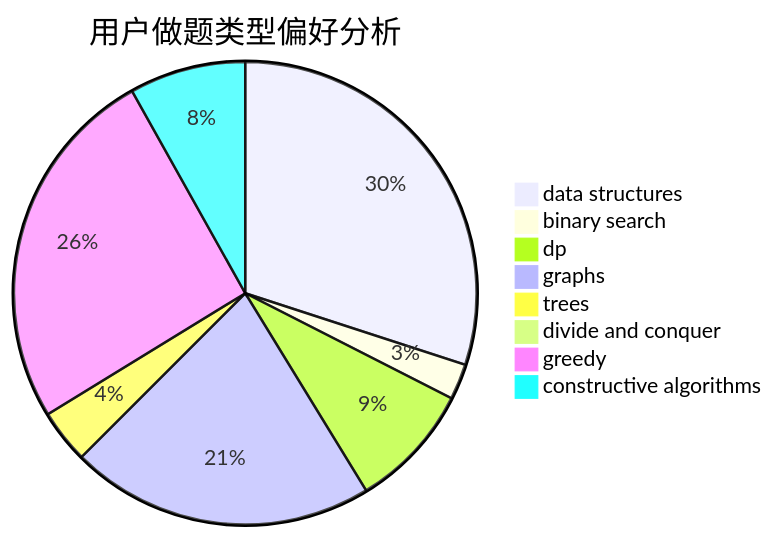
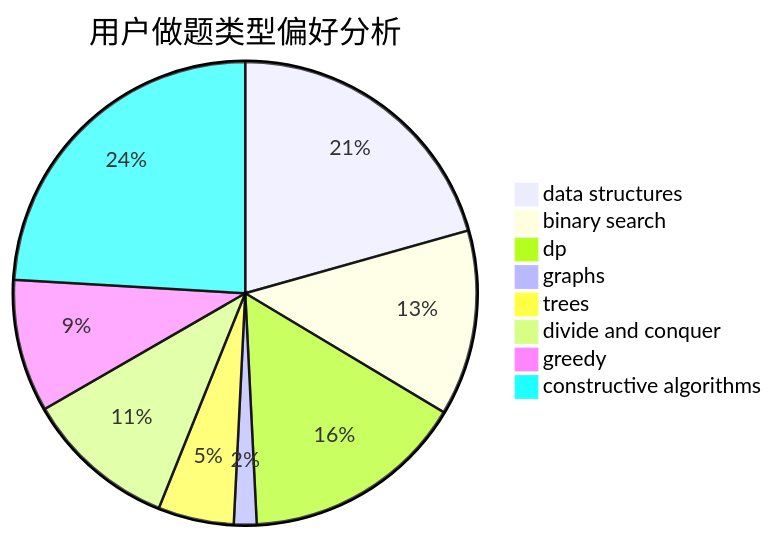
One commit to sherpahu/cfrs.github.io changed the second of 3 diagrams in docs/user/u417.md. Above: the diagram before and after it, drawn with Mermaid. The commit also changed other lines of this file and 2770 other files, not shown here.

````diff
--- a/docs/user/u417.md
+++ b/docs/user/u417.md
@@ -23,11 +23,11 @@
 ```mermaid
 pie title 用户做题类型偏好分析
-    "data structures" :  48
-    "binary search" :  4
-    "dp" :  14
-    "graphs" :  34
-    "trees" :  6
-    "divide and conquer" :  0
-    "greedy" :  41
-    "constructive algorithms" :  13
+    "data structures" :  78
+    "binary search" :  49
+    "dp" :  59
+    "graphs" :  6
+    "trees" :  20
+    "divide and conquer" :  40
+    "greedy" :  35
+    "constructive algorithms" :  91
 ```
````
